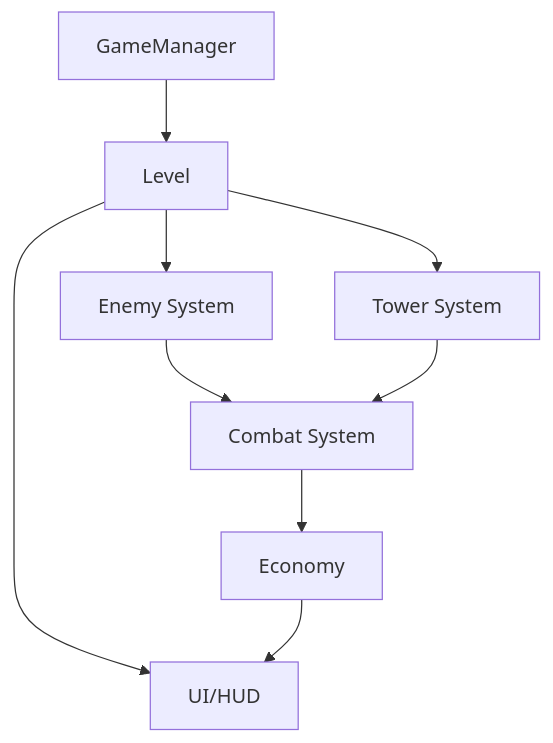
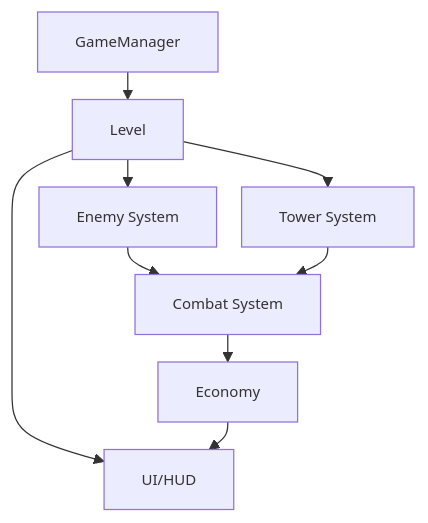
The diagram in docs/README.md (UoB-COMSM0166/2026-group-14), drawn with Mermaid before and after one commit. The commit also changed other lines of this file and 1 other file, not shown here.

````diff
--- a/docs/README.md
+++ b/docs/README.md
@@ -198,18 +193,19 @@
 ```mermaid
+%%{init: {"flowchart": {"nodeSpacing": 20, "rankSpacing": 22}, "themeVariables": {"fontSize": "12px"}} }%%
 flowchart TD
     GM[GameManager]
     LV[Level]
     EN[Enemy System]
     TW[Tower System]
     CB[Combat System]
     UI[UI/HUD]
     EC[Economy]
     GM --> LV
     LV --> EN
     LV --> TW
     EN --> CB
     TW --> CB
     CB --> EC
     LV --> UI
     EC --> UI
 ```
````
